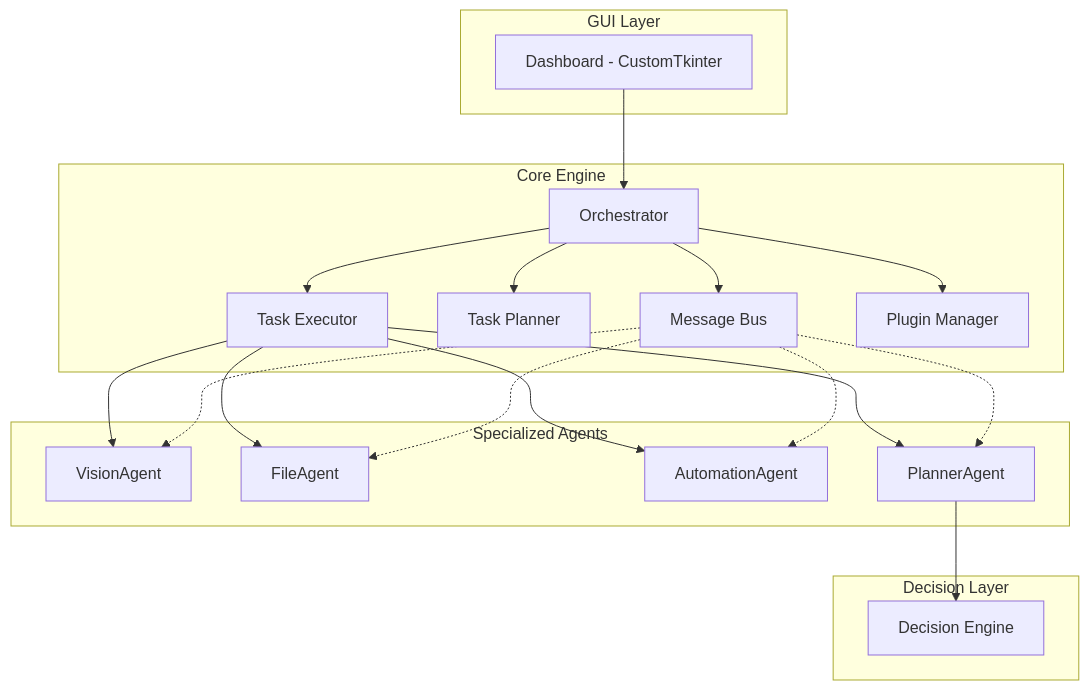
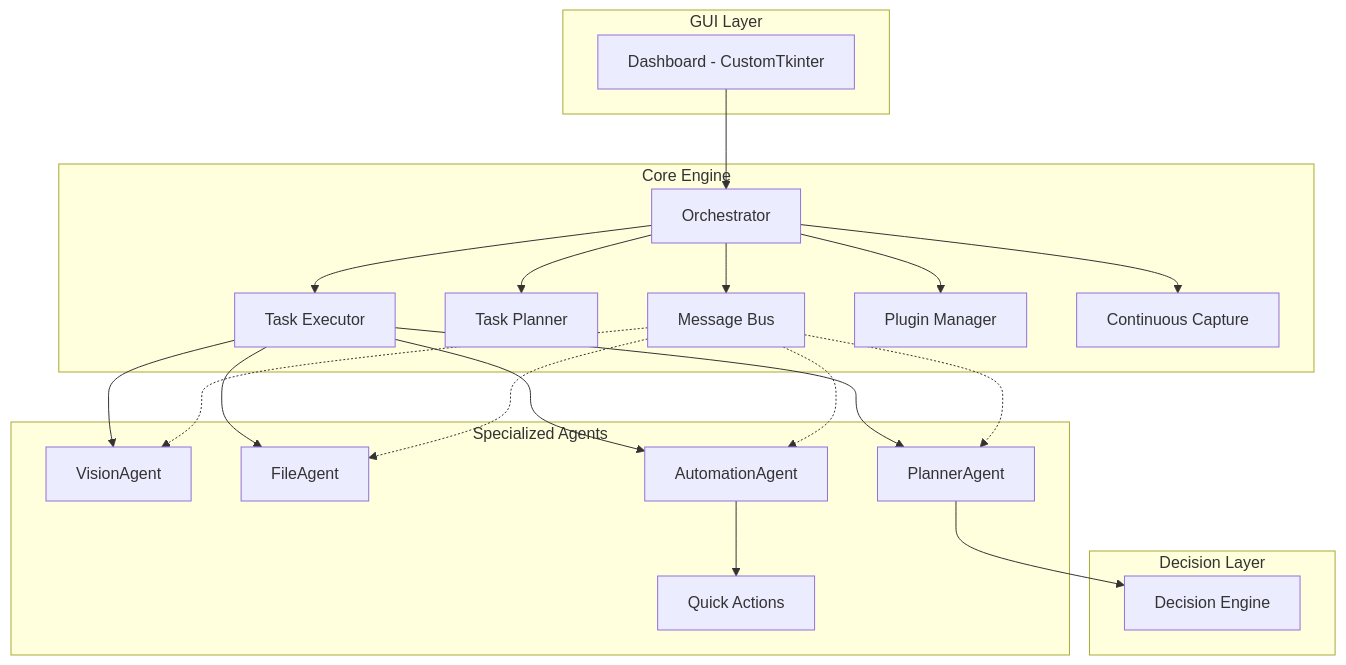
Before and after one commit to Gitersg/ShadowForge: the diagram in README.md, drawn with Mermaid. The commit also changed other lines of this file, not shown here.

Commit message:
Update README to v2.1: workflows, features, roadmap, and developer notes

````diff
--- a/README.md
+++ b/README.md
@@ -54,37 +76,41 @@
 ```mermaid
 graph TB
     subgraph GUI["GUI Layer"]
         D[Dashboard - CustomTkinter]
     end
 
     subgraph Core["Core Engine"]
         O[Orchestrator]
         MB[Message Bus]
         TP[Task Planner]
         TE[Task Executor]
         PM[Plugin Manager]
+        CC[Continuous Capture]
     end
 
     subgraph Agents["Specialized Agents"]
         VA[VisionAgent]
         FA[FileAgent]
         AA[AutomationAgent]
         PA[PlannerAgent]
+        QA[Quick Actions]
     end
 
     subgraph ML["Decision Layer"]
         DE[Decision Engine]
     end
 
     D --> O
     O --> MB
     O --> TP
     O --> TE
     O --> PM
+    O --> CC
     TE --> VA
     TE --> FA
     TE --> AA
     TE --> PA
+    AA --> QA
     PA --> DE
     MB -.-> VA & FA & AA & PA
 ```
````
